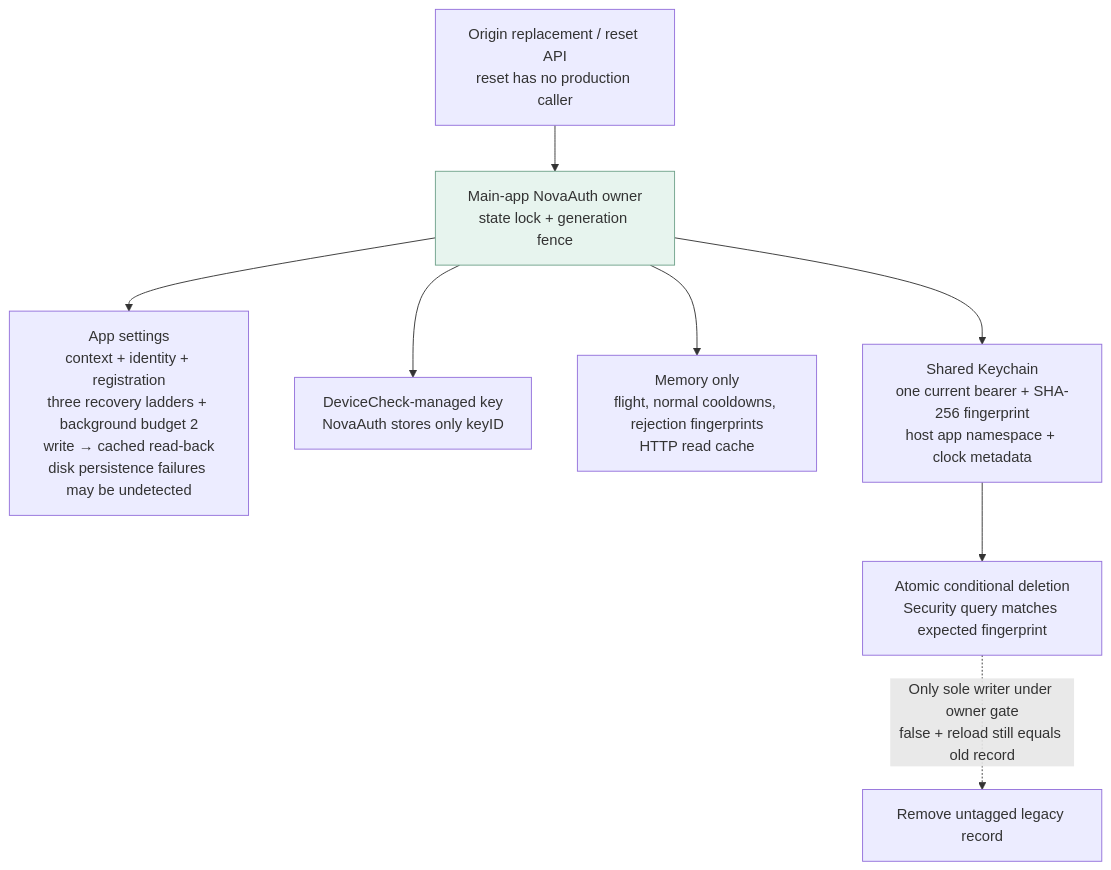
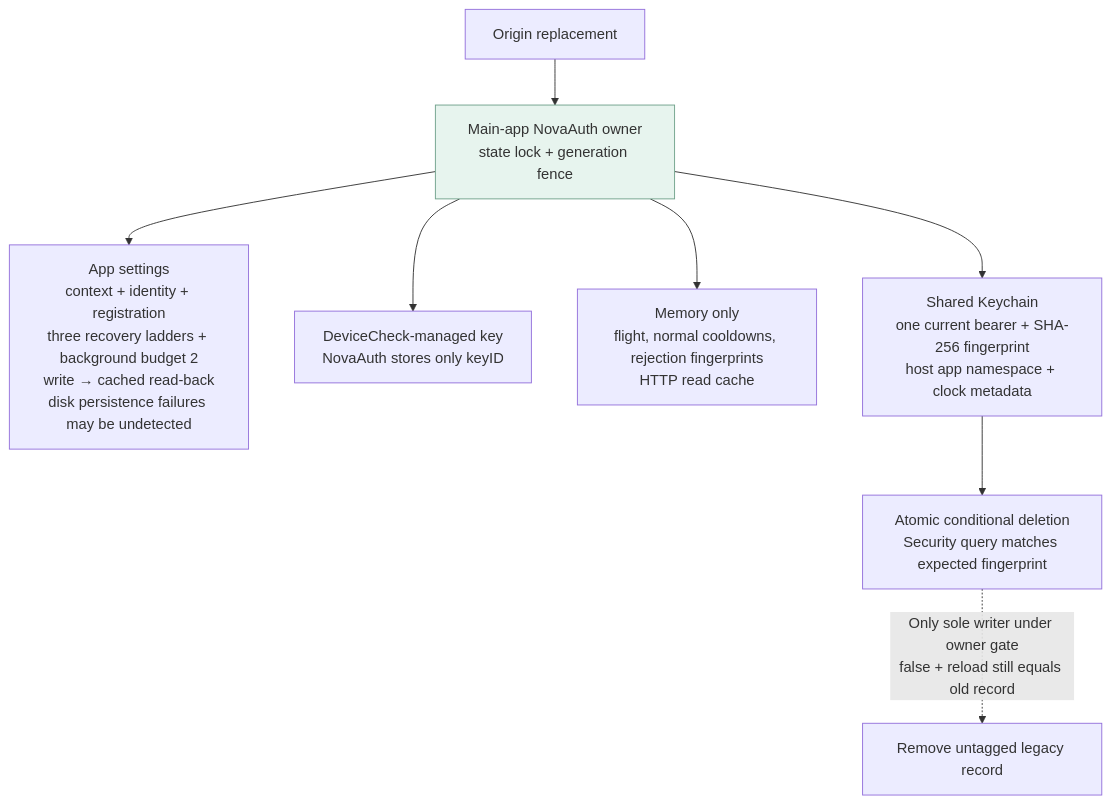
One commit to novasamatech/nova-wallet-ios changed the seventh of 8 diagrams in .claude/docs/architecture/novaauth-client-diagrams.md. Above: the diagram before and after it, drawn with Mermaid. The commit also changed other lines of this file and 2 other files, not shown here.

Commit message:
drop the removed head method and reset marker from the nova auth docs

````diff
--- a/.claude/docs/architecture/novaauth-client-diagrams.md
+++ b/.claude/docs/architecture/novaauth-client-diagrams.md
@@ -286,11 +286,11 @@
 ```mermaid
 flowchart TB
-  RESET["Origin replacement / reset API<br/>reset has no production caller"] --> OWNER["Main-app NovaAuth owner<br/>state lock + generation fence"]
+  REPLACE["Origin replacement"] --> OWNER["Main-app NovaAuth owner<br/>state lock + generation fence"]
   OWNER --> SETTINGS["App settings<br/>context + identity + registration<br/>three recovery ladders + background budget 2<br/>write → cached read-back<br/>disk persistence failures may be undetected"]
   OWNER --> APPLE["DeviceCheck-managed key<br/>NovaAuth stores only keyID"]
   OWNER --> MEM["Memory only<br/>flight, normal cooldowns, rejection fingerprints<br/>HTTP read cache"]
   OWNER --> KC["Shared Keychain<br/>one current bearer + SHA-256 fingerprint<br/>host app namespace + clock metadata"]
   KC --> DELETE["Atomic conditional deletion<br/>Security query matches expected fingerprint"]
   DELETE -. "Only sole writer under owner gate<br/>false + reload still equals old record" .-> LEGACY["Remove untagged legacy record"]
   style OWNER fill:#e7f4ee,stroke:#70a28b
 ```
````
